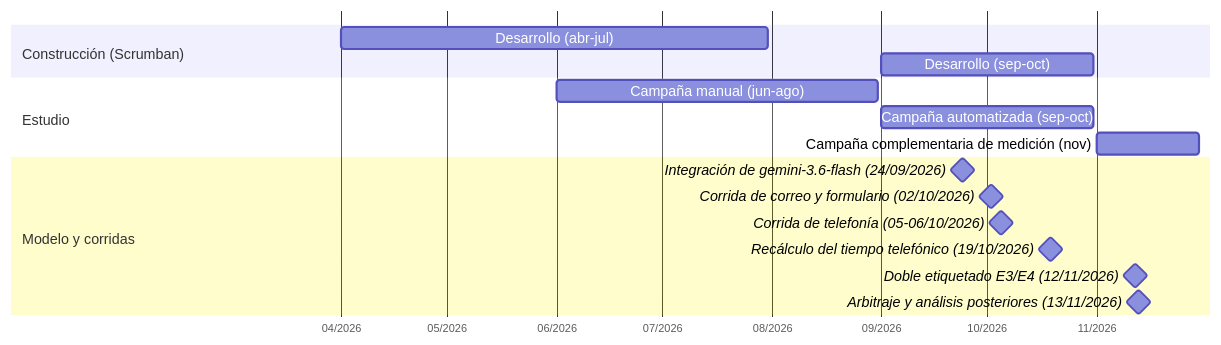
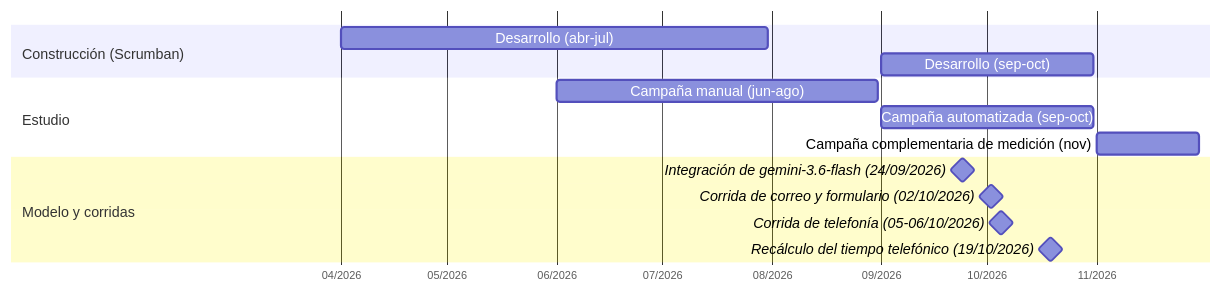
Before and after one commit to lucaGomezB/Automatizacion-de-Mesa-de-Ayuda-N8N: the diagram in docs/diagrams/cronograma.md, drawn with Mermaid. The commit also changed other lines of this file and 18 other files, not shown here.

````diff
--- a/docs/diagrams/cronograma.md
+++ b/docs/diagrams/cronograma.md
@@ -28,22 +28,20 @@
 ```mermaid
 %%{init: {"gantt": {"leftPadding": 300, "rightPadding": 20, "fontSize": 13, "sectionFontSize": 13}}}%%
 gantt
     dateFormat YYYY-MM-DD
     axisFormat %m/%Y
     tickInterval 1month
     todayMarker off
     section Construcción (Scrumban)
     Desarrollo (abr-jul)             :cons1, 2026-04-01, 2026-07-31
     Desarrollo (sep-oct)             :cons2, 2026-09-01, 2026-10-31
     section Estudio
     Campaña manual (jun-ago)         :cm, 2026-06-01, 2026-08-31
     Campaña automatizada (sep-oct)   :ca, 2026-09-01, 2026-10-31
     Campaña complementaria de medición (nov) :cmed, 2026-11-01, 2026-11-30
     section Modelo y corridas
     Integración de gemini-3.6-flash (24/09/2026)  :milestone, m1, 2026-09-24, 0d
     Corrida de correo y formulario (02/10/2026)   :milestone, m2, 2026-10-02, 0d
     Corrida de telefonía (05-06/10/2026)          :milestone, m3, 2026-10-05, 0d
     Recálculo del tiempo telefónico (19/10/2026)  :milestone, m4, 2026-10-19, 0d
-    Doble etiquetado E3/E4 (12/11/2026)           :milestone, m5, 2026-11-12, 0d
-    Arbitraje y análisis posteriores (13/11/2026) :milestone, m6, 2026-11-13, 0d
 ```
````
